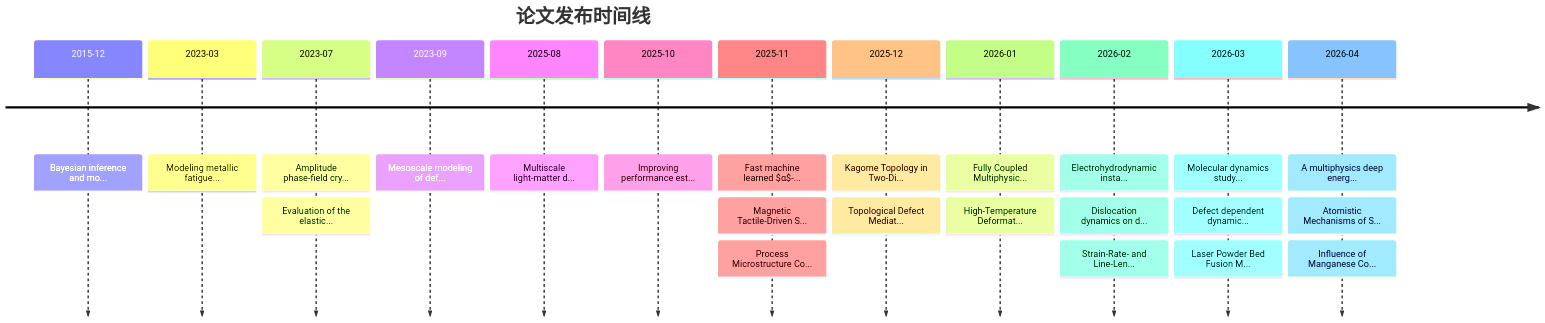
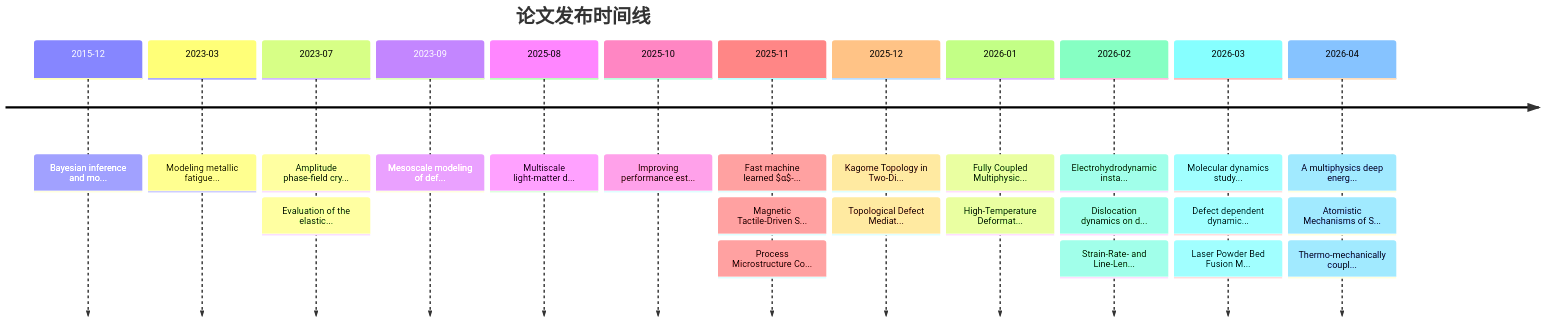
The second of 2 diagrams in reports/knowledge_graph.md (Shirakawa11111/BJK_readpaper), drawn with Mermaid before and after one commit. The commit also changed other lines of this file and 11 other files, not shown here.

````diff
--- a/reports/knowledge_graph.md
+++ b/reports/knowledge_graph.md
@@ -119,16 +119,16 @@
 ```mermaid
 timeline
     title 论文发布时间线
     2015-12 : Bayesian inference and mo...
     2023-03 : Modeling metallic fatigue...
     2023-07 : Amplitude phase-field cry... : Evaluation of the elastic...
     2023-09 : Mesoscale modeling of def...
     2025-08 : Multiscale light-matter d...
     2025-10 : Improving performance est...
     2025-11 : Fast machine learned $α$-... : Magnetic Tactile-Driven S... : Process Microstructure Co...
     2025-12 : Kagome Topology in Two-Di... : Topological Defect Mediat...
     2026-01 : Fully Coupled Multiphysic... : High-Temperature Deformat...
     2026-02 : Electrohydrodynamic insta... : Dislocation dynamics on d... : Strain-Rate- and Line-Len...
     2026-03 : Molecular dynamics study... : Defect dependent dynamic... : Laser Powder Bed Fusion M...
-    2026-04 : A multiphysics deep energ... : Atomistic Mechanisms of S... : Influence of Manganese Co...
+    2026-04 : A multiphysics deep energ... : Atomistic Mechanisms of S... : Thermo-mechanically coupl...
 ```
````
